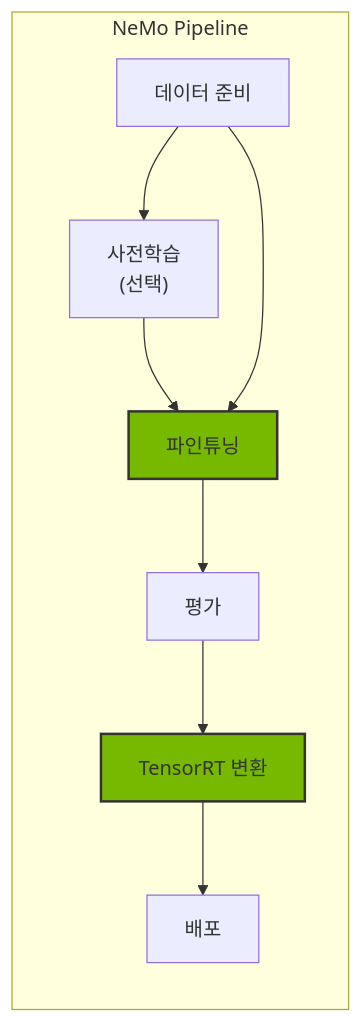
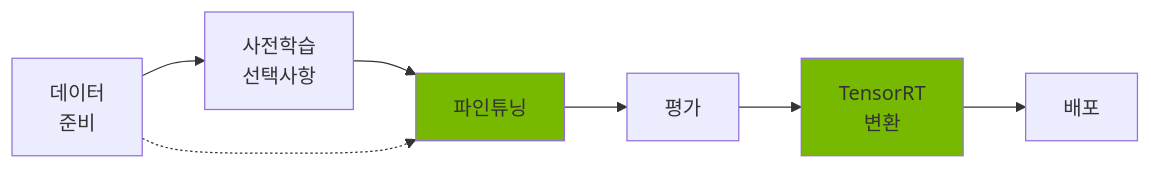
One commit to devfloor9/engineering-playbook changed the first of 5 diagrams in docs/agentic-ai-platform/model-serving/nemo-framework.md. Above: the diagram before and after it, drawn with Mermaid. The commit also changed other lines of this file and 24 other files, not shown here.

````diff
--- a/docs/agentic-ai-platform/model-serving/nemo-framework.md
+++ b/docs/agentic-ai-platform/model-serving/nemo-framework.md
@@ -32,21 +32,19 @@
 ```mermaid
-graph LR
-    subgraph "NeMo Pipeline"
-        Data["데이터 준비"]
-        Pretrain["사전학습<br/>(선택)"]
-        Finetune["파인튜닝"]
-        Eval["평가"]
-        Export["TensorRT 변환"]
-        Deploy["배포"]
-    end
-    
+flowchart LR
+    Data[데이터<br/>준비]
+    Pretrain[사전학습<br/>선택사항]
+    Finetune[파인튜닝]
+    Eval[평가]
+    Export[TensorRT<br/>변환]
+    Deploy[배포]
+
     Data --> Pretrain
     Pretrain --> Finetune
-    Data --> Finetune
+    Data -.-> Finetune
     Finetune --> Eval
     Eval --> Export
     Export --> Deploy
-    
-    style Finetune fill:#76b900,stroke:#333,stroke-width:2px
-    style Export fill:#76b900,stroke:#333,stroke-width:2px
+
+    style Finetune fill:#76b900
+    style Export fill:#76b900
 ```
````
